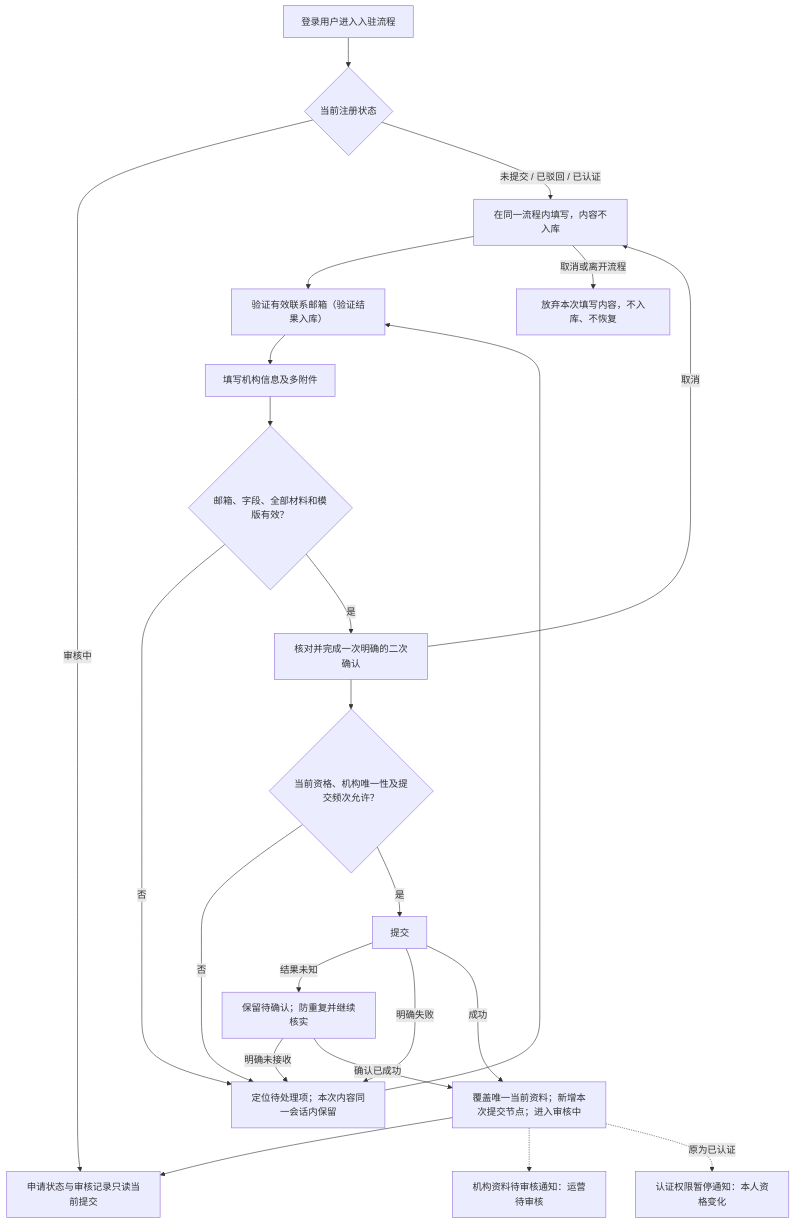
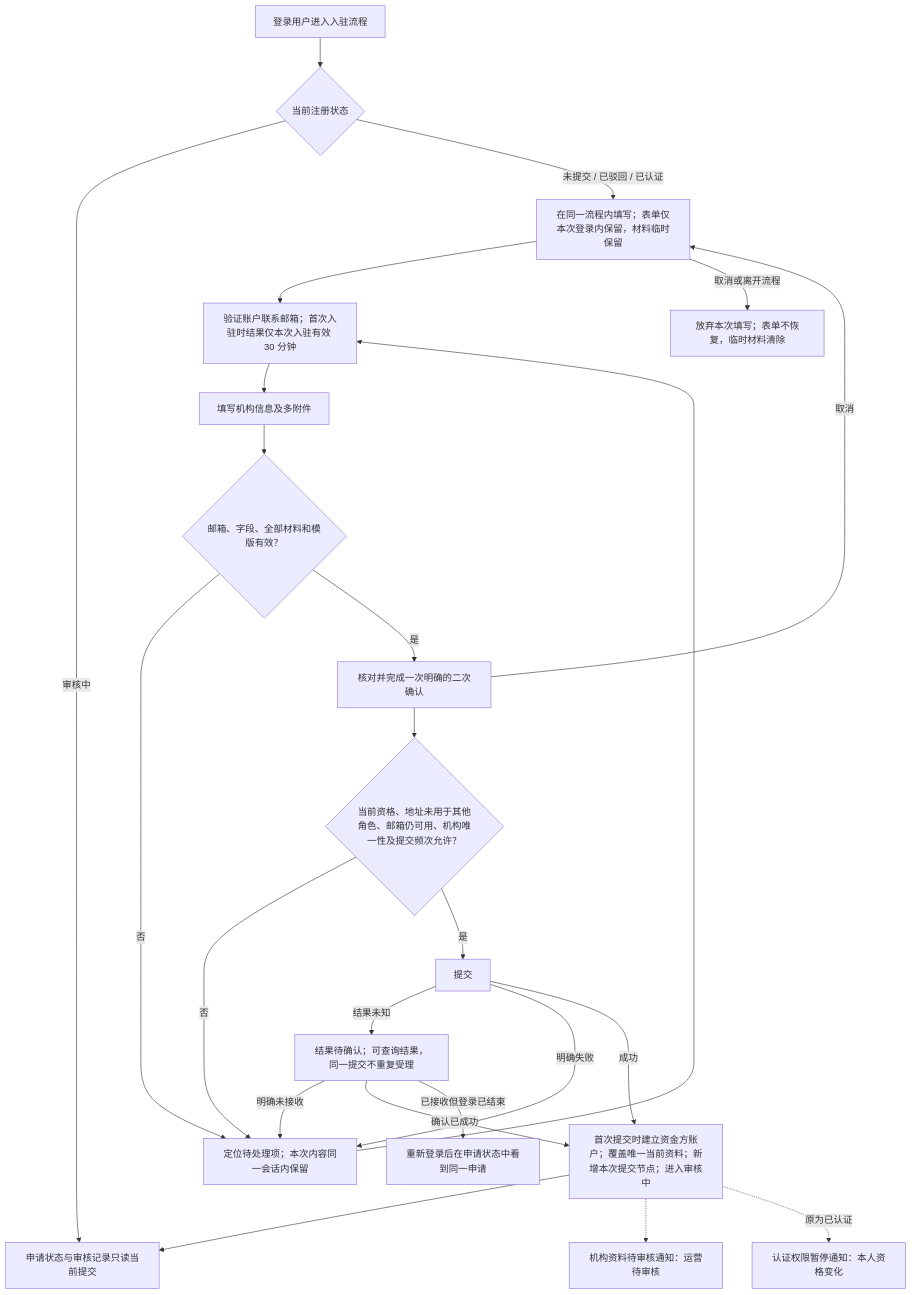
Before and after one commit to wxblockchain/Chain-Financing: the second of 9 diagrams in lending-platform/PRD/面客端/02-资金方登录与账户体系/02-资金方登录与账户体系-流程图与状态机.md, drawn with Mermaid. The commit also changed other lines of this file and 11 other files, not shown here.

````diff
--- a/lending-platform/PRD/面客端/02-资金方登录与账户体系/02-资金方登录与账户体系-流程图与状态机.md
+++ b/lending-platform/PRD/面客端/02-资金方登录与账户体系/02-资金方登录与账户体系-流程图与状态机.md
@@ -47,25 +47,26 @@
 ```mermaid
 flowchart TD
     A[登录用户进入入驻流程] --> B{当前注册状态}
     B -->|审核中| C[申请状态与审核记录只读当前提交]
-    B -->|未提交 / 已驳回 / 已认证| D[在同一流程内填写，内容不入库]
-    D --> E[验证有效联系邮箱（验证结果入库）]
+    B -->|未提交 / 已驳回 / 已认证| D[在同一流程内填写；表单仅本次登录内保留，材料临时保留]
+    D --> E[验证账户联系邮箱；首次入驻时结果仅本次入驻有效 30 分钟]
     E --> F[填写机构信息及多附件]
     F --> G{邮箱、字段、全部材料和模版有效？}
     G -->|否| H[定位待处理项；本次内容同一会话内保留]
     H --> E
     G -->|是| I[核对并完成一次明确的二次确认]
     I -->|取消| D
-    D -->|取消或离开流程| X[放弃本次填写内容，不入库、不恢复]
-    I --> J{当前资格、机构唯一性及提交频次允许？}
+    D -->|取消或离开流程| X[放弃本次填写；表单不恢复，临时材料清除]
+    I --> J{当前资格、地址未用于其他角色、邮箱仍可用、机构唯一性及提交频次允许？}
     J -->|否| H
     J -->|是| K[提交]
-    K -->|结果未知| U[保留待确认；防重复并继续核实]
+    K -->|结果未知| U[结果待确认；可查询结果，同一提交不重复受理]
     U -->|明确未接收| H
     U -->|确认已成功| L
+    U -->|已接收但登录已结束| V[重新登录后在申请状态中看到同一申请]
     K -->|明确失败| H
-    K -->|成功| L[覆盖唯一当前资料；新增本次提交节点；进入审核中]
+    K -->|成功| L[首次提交时建立资金方账户；覆盖唯一当前资料；新增本次提交节点；进入审核中]
     L --> C
     L -.-> O[机构资料待审核通知：运营待审核]
     L -.原为已认证.-> P[认证权限暂停通知：本人资格变化]
 ```
````
